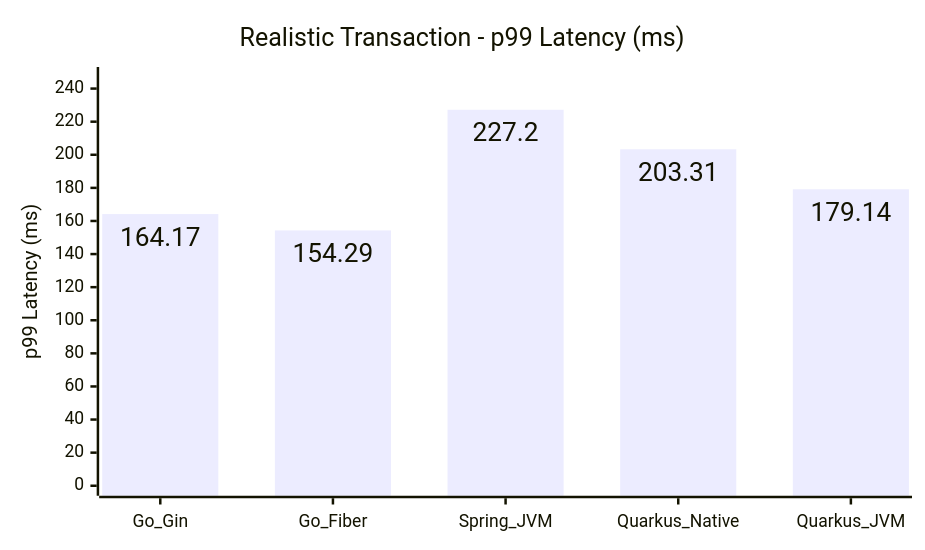
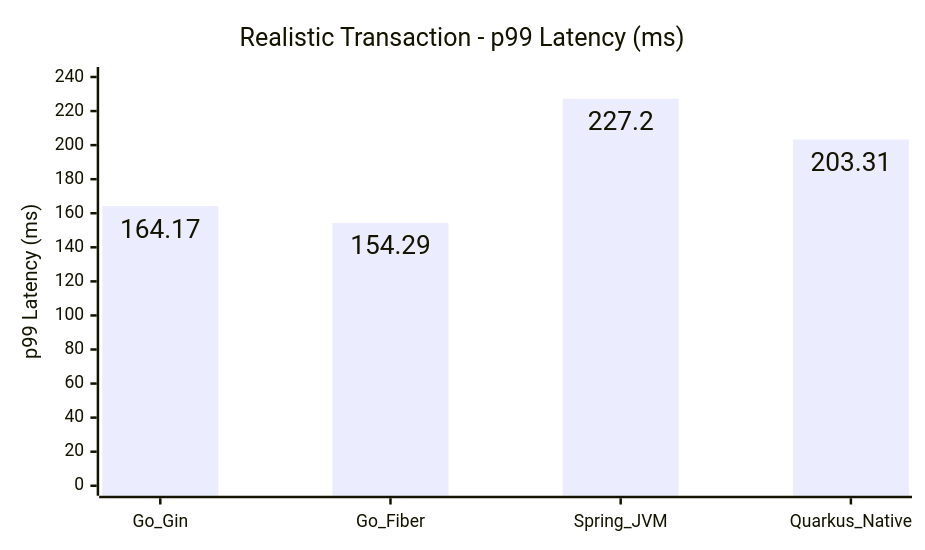
Before and after one commit to hiiamtin/go-vs-java: the second of 15 diagrams in COMPARISON_REPORT.md, drawn with Mermaid. The commit also changed other lines of this file and 90 other files, not shown here.

Commit message:
Remove Quarkus JVM variant and refresh benchmark results

````diff
--- a/COMPARISON_REPORT.md
+++ b/COMPARISON_REPORT.md
@@ -61,14 +65,14 @@
 ```mermaid
 ---
 config:
   xyChart:
     width: 720
     height: 420
     showDataLabel: true
 ---
 xychart
     title "Realistic Transaction - p99 Latency (ms)"
-    x-axis [Go_Gin, Go_Fiber, Spring_JVM, Quarkus_Native, Quarkus_JVM]
-    y-axis "p99 Latency (ms)" 0 --> 247
-    bar [164.17, 154.29, 227.2, 203.31, 179.14]
+    x-axis [Go_Gin, Go_Fiber, Spring_JVM, Quarkus_Native]
+    y-axis "p99 Latency (ms)" 0 --> 240
+    bar [164.17, 154.29, 227.2, 203.31]
 ```
````
